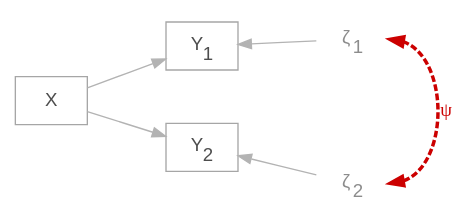
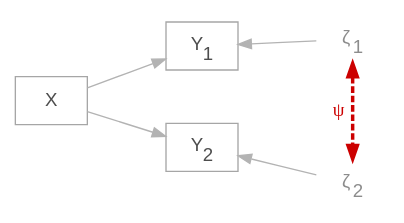
Before and after one commit to pennekampster/Swiss_SEM: diagram 16 of 34 in 5_Slides/Intro_to_SEM_part1.qmd, drawn with Graphviz. The commit also changed other lines of this file and 3 other files, not shown here.

````diff
--- a/5_Slides/Intro_to_SEM_part1.qmd
+++ b/5_Slides/Intro_to_SEM_part1.qmd
@@ -991,17 +991,17 @@
 ```{dot}
 //| fig-width: 4
 //| fig-height: 3
 digraph {
   graph [rankdir = LR, fontsize = 14, nodesep = 0.5, ranksep = 0.8]
   node [shape = box, fontname = Helvetica, color = "gray65", fontcolor = "gray30"]
   X; Y1 [label = <Y<SUB>1</SUB>>]; Y2 [label = <Y<SUB>2</SUB>>]
   node [shape = plaintext, color = "gray65", fontcolor = "gray55"]
   z1 [label = <&zeta;<SUB>1</SUB>>]; z2 [label = <&zeta;<SUB>2</SUB>>]
   edge [color = "gray70", fontcolor = "gray55"]
   X -> Y1; X -> Y2
-  z1:e -> z2:e [dir = both, constraint = false, label = "ψ", color = "#cc0000", penwidth = 2.6, fontcolor = "#cc0000", style = dashed]
+  z1 -> z2 [dir = both, constraint = false, label = "ψ", color = "#cc0000", penwidth = 2.6, fontcolor = "#cc0000", style = dashed]
   z1 -> Y1; z2 -> Y2
   {rank = same; Y1; Y2}
   {rank = max; z1; z2}
 }
 ```
````
